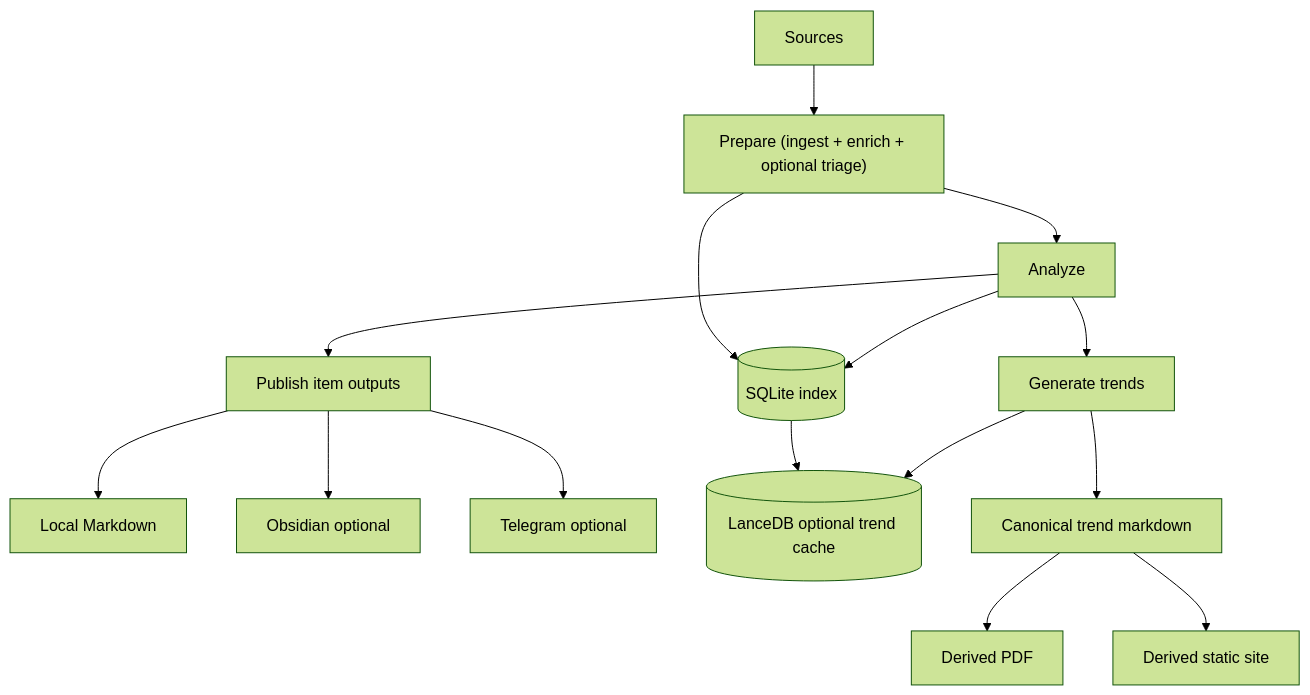
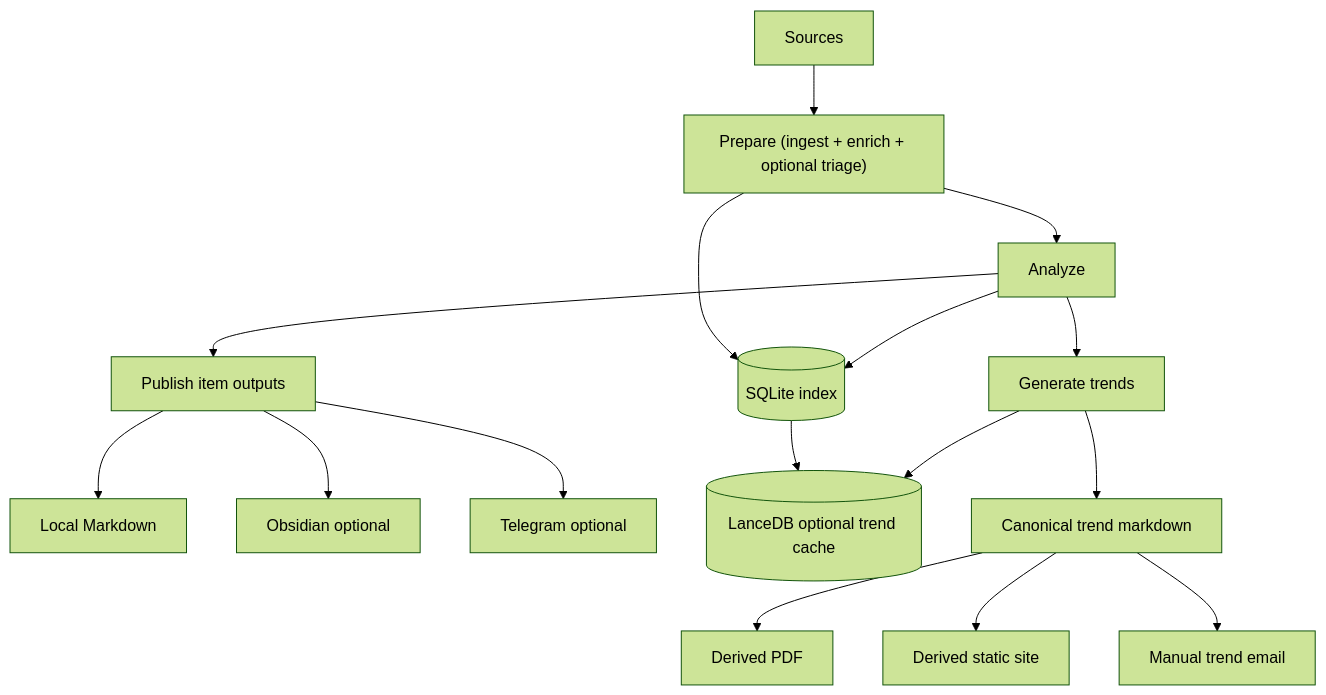
The diagram in docs/design/system-overview.md (NeapolitanIcecream/recoleta), drawn with Mermaid (forest theme) before and after one commit. The commit also changed other lines of this file and 29 other files, not shown here.

First line of the commit message:
feat(email): add manual trend email delivery via Resend (#41)

````diff
--- a/docs/design/system-overview.md
+++ b/docs/design/system-overview.md
@@ -41,17 +53,18 @@
 ```mermaid
 flowchart TD
   Sources[Sources] --> Prepare["Prepare (ingest + enrich + optional triage)"]
   Prepare --> SQLite[(SQLite index)]
   Prepare --> Analyze[Analyze]
   Analyze --> SQLite
   Analyze --> Publish[Publish item outputs]
   Publish --> Markdown[Local Markdown]
   Publish --> Obsidian[Obsidian optional]
   Publish --> Telegram[Telegram optional]
   SQLite --> LanceDB[(LanceDB optional trend cache)]
   Analyze --> Trends[Generate trends]
   Trends --> TrendMarkdown[Canonical trend markdown]
   Trends --> LanceDB
   TrendMarkdown --> TrendPDF[Derived PDF]
   TrendMarkdown --> StaticSite[Derived static site]
+  TrendMarkdown --> TrendEmail[Manual trend email]
 ```
````
